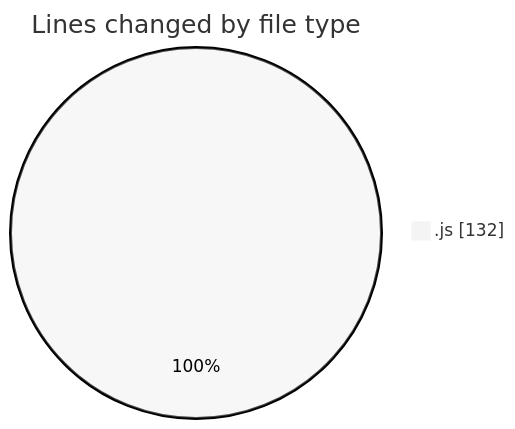
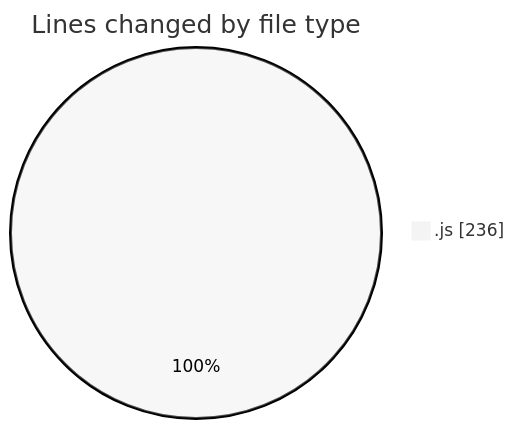
Before and after one commit to charlie-sans/code-tracking: the first of 2 diagrams in 2025-04-24/masm/README.md, drawn with Mermaid (neutral theme). The commit also changed other lines of this file and 1 other file, not shown here.

````diff
--- a/2025-04-24/masm/README.md
+++ b/2025-04-24/masm/README.md
@@ -21,5 +21,5 @@
 ```mermaid
 pie showData
 title Lines changed by file type
-".js" : 132
+".js" : 236
 ```
````
